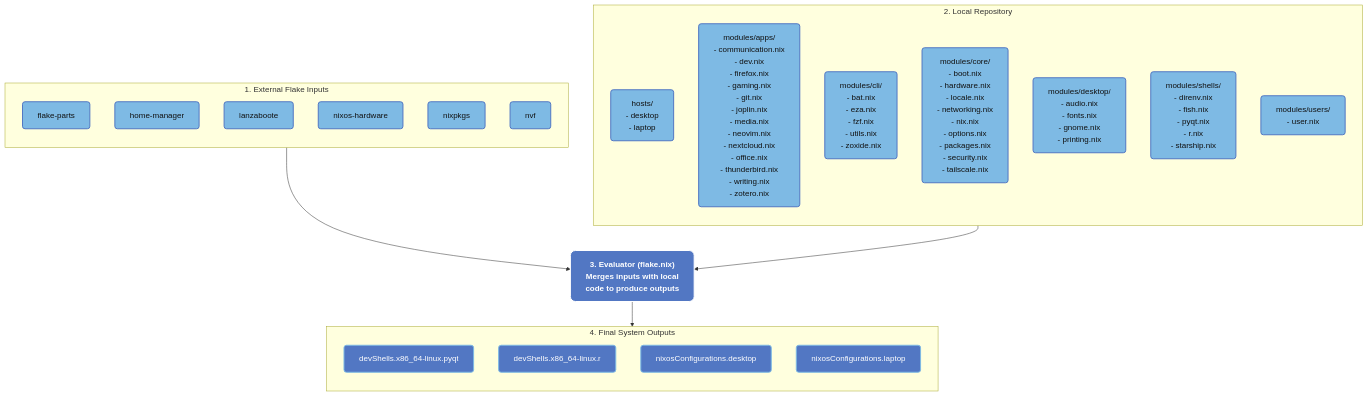
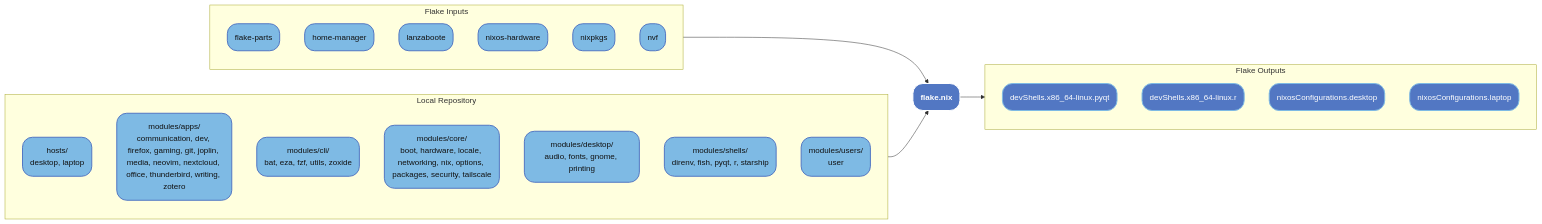
The diagram in README.md (samuel-garmany/NixOS), drawn with Mermaid before and after one commit. The commit also changed 1 other file, not shown here.

Commit message:
style: modernize mermaid graph with pills, LR layout, and clean comma lists

````diff
--- a/README.md
+++ b/README.md
@@ -18,81 +18,47 @@
 ```mermaid
-graph TD
-  classDef flake fill:#5277C3,stroke:#fff,stroke-width:2px,color:#fff,font-weight:bold,rx:10,ry:10;
-  classDef input fill:#7EBAE4,stroke:#5277C3,stroke-width:2px,color:#111,rx:5,ry:5;
-  classDef local fill:#7EBAE4,stroke:#5277C3,stroke-width:2px,color:#111,rx:5,ry:5;
-  classDef output fill:#5277C3,stroke:#7EBAE4,stroke-width:2px,color:#fff,rx:5,ry:5;
-  Flake["3. Evaluator (flake.nix)
-Merges inputs with local
-code to produce outputs"]:::flake
+graph LR
+  classDef flake fill:#5277C3,stroke:#fff,stroke-width:2px,color:#fff,font-weight:bold,rx:20,ry:20;
+  classDef input fill:#7EBAE4,stroke:#5277C3,stroke-width:2px,color:#111,rx:20,ry:20;
+  classDef local fill:#7EBAE4,stroke:#5277C3,stroke-width:2px,color:#111,rx:20,ry:20;
+  classDef output fill:#5277C3,stroke:#7EBAE4,stroke-width:2px,color:#fff,rx:20,ry:20;
+  Flake(flake.nix):::flake
 
-  subgraph Inputs [1. External Flake Inputs]
+  subgraph Inputs [Flake Inputs]
     direction TB
-    in_flake_parts[flake-parts]:::input
-    in_home_manager[home-manager]:::input
-    in_lanzaboote[lanzaboote]:::input
-    in_nixos_hardware[nixos-hardware]:::input
-    in_nixpkgs[nixpkgs]:::input
-    in_nvf[nvf]:::input
+    in_flake_parts(flake-parts):::input
+    in_home_manager(home-manager):::input
+    in_lanzaboote(lanzaboote):::input
+    in_nixos_hardware(nixos-hardware):::input
+    in_nixpkgs(nixpkgs):::input
+    in_nvf(nvf):::input
   end
   Inputs --> Flake
 
-  subgraph Local [2. Local Repository]
+  subgraph Local [Local Repository]
     direction TB
-    h_Hosts["hosts/
-- desktop
-- laptop"]:::local
-    m_apps["modules/apps/
-- communication.nix
-- dev.nix
-- firefox.nix
-- gaming.nix
-- git.nix
-- joplin.nix
-- media.nix
-- neovim.nix
-- nextcloud.nix
-- office.nix
-- thunderbird.nix
-- writing.nix
-- zotero.nix"]:::local
-    m_cli["modules/cli/
-- bat.nix
-- eza.nix
-- fzf.nix
-- utils.nix
-- zoxide.nix"]:::local
-    m_core["modules/core/
-- boot.nix
-- hardware.nix
-- locale.nix
-- networking.nix
-- nix.nix
-- options.nix
-- packages.nix
-- security.nix
-- tailscale.nix"]:::local
-    m_desktop["modules/desktop/
-- audio.nix
-- fonts.nix
-- gnome.nix
-- printing.nix"]:::local
-    m_shells["modules/shells/
-- direnv.nix
-- fish.nix
-- pyqt.nix
-- r.nix
-- starship.nix"]:::local
-    m_users["modules/users/
-- user.nix"]:::local
+    h_Hosts(hosts/
+desktop, laptop):::local
+    m_apps(modules/apps/
+communication, dev, firefox, gaming, git, joplin, media, neovim, nextcloud, office, thunderbird, writing, zotero):::local
+    m_cli(modules/cli/
+bat, eza, fzf, utils, zoxide):::local
+    m_core(modules/core/
+boot, hardware, locale, networking, nix, options, packages, security, tailscale):::local
+    m_desktop(modules/desktop/
+audio, fonts, gnome, printing):::local
+    m_shells(modules/shells/
+direnv, fish, pyqt, r, starship):::local
+    m_users(modules/users/
+user):::local
   end
   Local --> Flake
 
-  subgraph Outputs [4. Final System Outputs]
+  subgraph Outputs [Flake Outputs]
     direction TB
-    out_devShells_x86_64_linux_pyqt[devShells.x86_64-linux.pyqt]:::output
-    out_devShells_x86_64_linux_r[devShells.x86_64-linux.r]:::output
-    out_nixosConfigurations_desktop[nixosConfigurations.desktop]:::output
-    out_nixosConfigurations_laptop[nixosConfigurations.laptop]:::output
+    out_devShells_x86_64_linux_pyqt(devShells.x86_64-linux.pyqt):::output
+    out_devShells_x86_64_linux_r(devShells.x86_64-linux.r):::output
+    out_nixosConfigurations_desktop(nixosConfigurations.desktop):::output
+    out_nixosConfigurations_laptop(nixosConfigurations.laptop):::output
   end
   Flake --> Outputs
 ```
````
